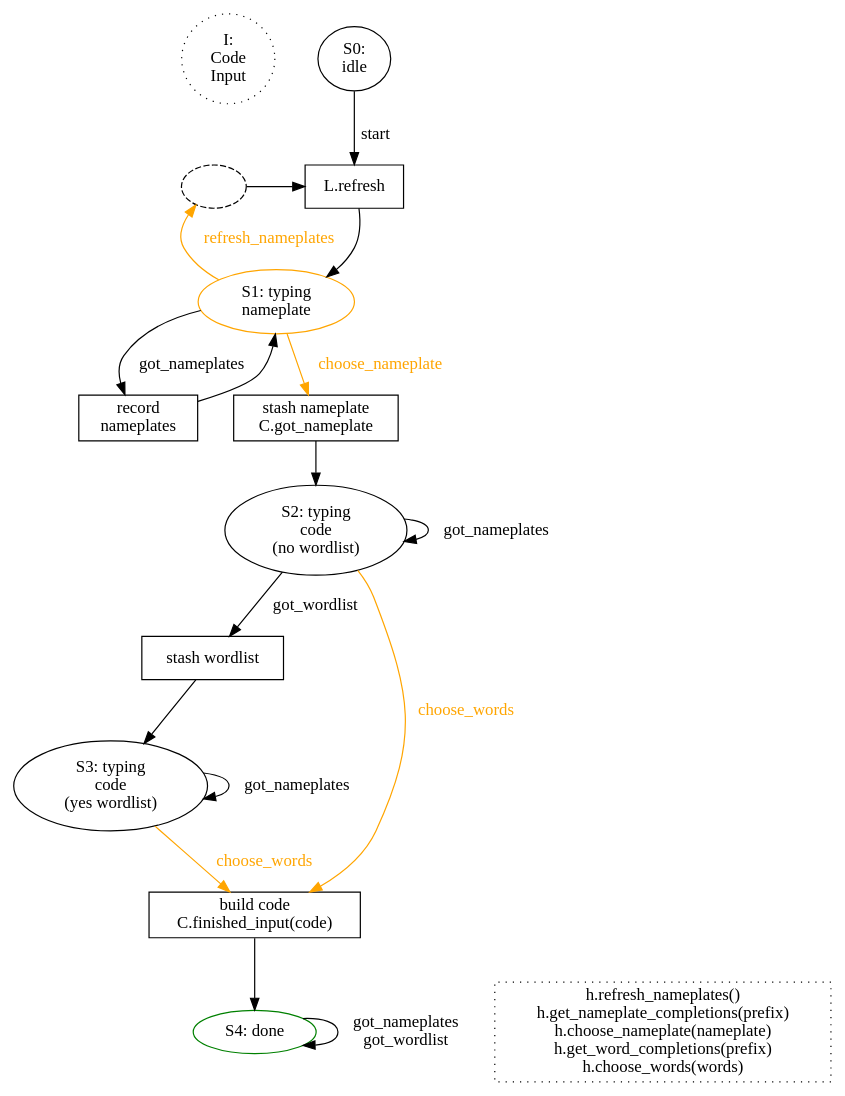
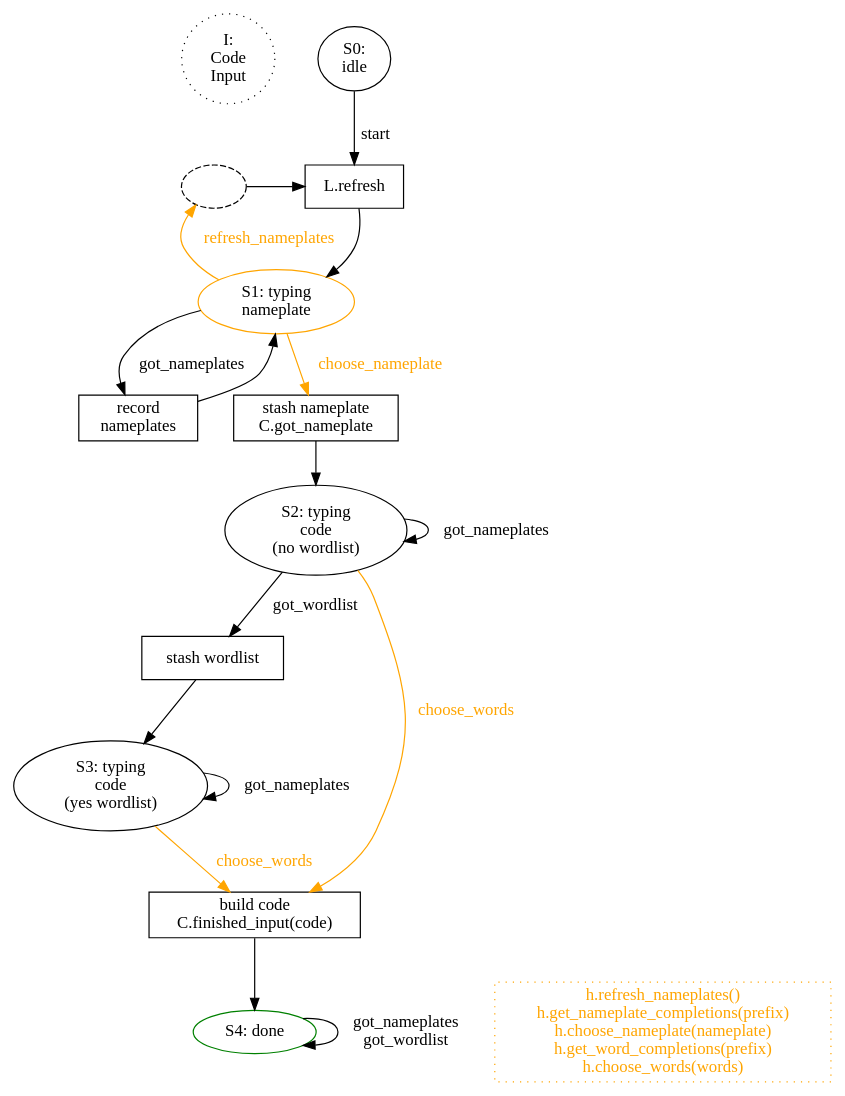
Before and after one commit to magic-wormhole/magic-wormhole: the diagram in docs/state-machines/input.dot, drawn with Graphviz. The commit also changed 8 other files, not shown here.

```diff
--- a/docs/state-machines/input.dot
+++ b/docs/state-machines/input.dot
@@ -1,43 +1,43 @@
 digraph {
 
         start [label="I:\nCode\nInput" style="dotted"]
         {rank=same; start S0}
         start -> S0 [style="invis"]
         S0 [label="S0:\nidle"]
 
         S0 -> P0_list_nameplates [label="start"]
         P0_list_nameplates [shape="box" label="L.refresh"]
         P0_list_nameplates -> S1
         S1 [label="S1: typing\nnameplate" color="orange"]
 
         {rank=same; foo P0_list_nameplates}
         S1 -> foo [label="refresh_nameplates" color="orange" fontcolor="orange"]
         foo [style="dashed" label=""]
         foo -> P0_list_nameplates
 
         S1 -> P1_record [label="got_nameplates"]
         P1_record [shape="box" label="record\nnameplates"]
         P1_record -> S1
 
         S1 -> P1_claim [label="choose_nameplate" color="orange" fontcolor="orange"]
         P1_claim [shape="box" label="stash nameplate\nC.got_nameplate"]
         P1_claim -> S2
         S2 [label="S2: typing\ncode\n(no wordlist)"]
         S2 -> S2 [label="got_nameplates"]
         S2 -> P2_stash_wordlist [label="got_wordlist"]
         P2_stash_wordlist [shape="box" label="stash wordlist"]
         P2_stash_wordlist -> S3
         S2 -> P_done [label="choose_words" color="orange" fontcolor="orange"]
         S3 [label="S3: typing\ncode\n(yes wordlist)"]
         S3 -> S3 [label="got_nameplates"]
         S3 -> P_done [label="choose_words" color="orange" fontcolor="orange"]
         P_done [shape="box" label="build code\nC.finished_input(code)"]
         P_done -> S4
         S4 [label="S4: done" color="green"]
         S4 -> S4 [label="got_nameplates\ngot_wordlist"]
 
-        other [shape="box" style="dotted"
+        other [shape="box" style="dotted" color="orange" fontcolor="orange"
                label="h.refresh_nameplates()\nh.get_nameplate_completions(prefix)\nh.choose_nameplate(nameplate)\nh.get_word_completions(prefix)\nh.choose_words(words)"
                ]
         {rank=same; S4 other}
 }
```
